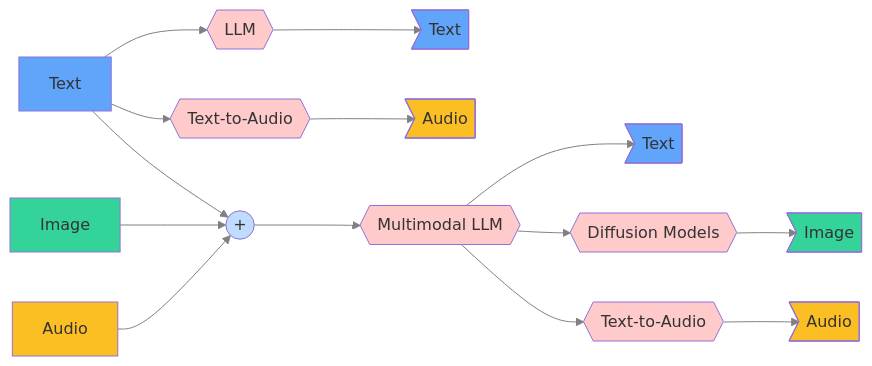
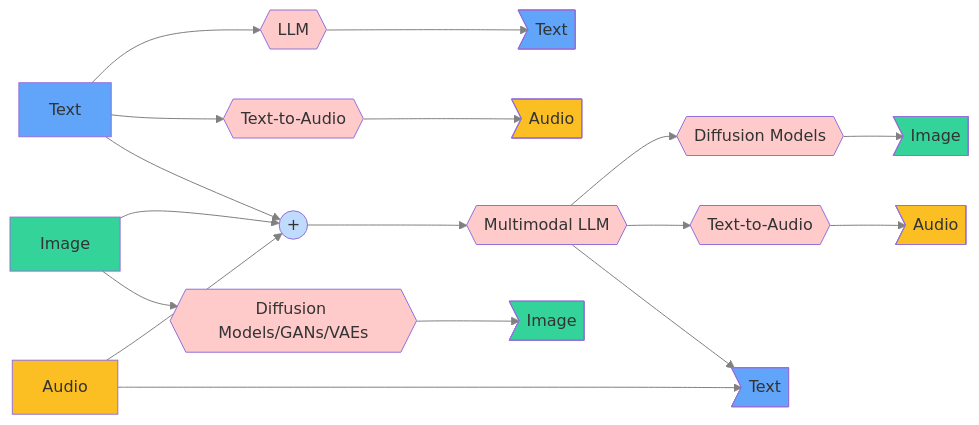
One commit to RailtownAI/railtracks changed the diagram in docs/llm_support/multimodal/overview.md. Above: the diagram before and after it, drawn with Mermaid. The commit also changed other lines of this file, not shown here.

Commit message:
more mermaid

````diff
--- a/docs/llm_support/multimodal/overview.md
+++ b/docs/llm_support/multimodal/overview.md
@@ -20,51 +7,55 @@
 ```mermaid
 flowchart LR
     %% Inputs
     T_IN[Text]
     I_IN["Image"]
     A_IN["Audio"]
     ADD((+))
 
     %% Outputs
     T_OUT>"Text"]
     T_OUT2>"Text"]
     I_OUT>"Image"]
+    I_OUT2>"Image"]
     A_OUT>"Audio"]
     A_OUT2>"Audio"]
 
     %% Paths / Models
     LLM{{"LLM"}}
     TTS{{"Text-to-Audio"}}
     TTS2{{"Text-to-Audio"}}
     MLLM{{"Multimodal LLM"}}
     DIFF{{"Diffusion Models"}}
+    I2I{{"Diffusion Models/GANs/VAEs"}}
 
     %% Connections
     T_IN --> LLM --> T_OUT
     T_IN --> TTS --> A_OUT
     T_IN --> ADD
     I_IN --> ADD
     A_IN --> ADD
+    A_IN --> T_OUT2
     ADD --> MLLM
     MLLM --> DIFF --> I_OUT
     MLLM --> TTS2 --> A_OUT2
     MLLM --> T_OUT2
+    I_IN --> I2I --> I_OUT2
 
     %% === COLOR THEMING ===
     %% (Separate comments — not inline)
 
     classDef text fill:#60A5FA
     classDef image fill:#34D399
     classDef audio fill:#FBBF24
     classDef model fill:#FECACA
     classDef add fill:#BFDBFE
 
     %% Apply consistent color classes
     class T_IN,T_OUT,T_OUT2 text;
-    class I_IN,I_OUT image;
+    class I_IN,I_OUT,I_OUT2 image;
     class A_IN,A_OUT,A_OUT2 audio;
     class ADD add;
-    class LLM,VLM,T2I,TTS,TTS2,A2T,MLLM_TI,MLLM_TA,MLLM,DIFF model;
+    class LLM,VLM,T2I,TTS,TTS2,A2T,MLLM_TI,MLLM_TA,MLLM,DIFF,I2I model;
 
     linkStyle default stroke:grey,stroke-width:1px
 ```
````
